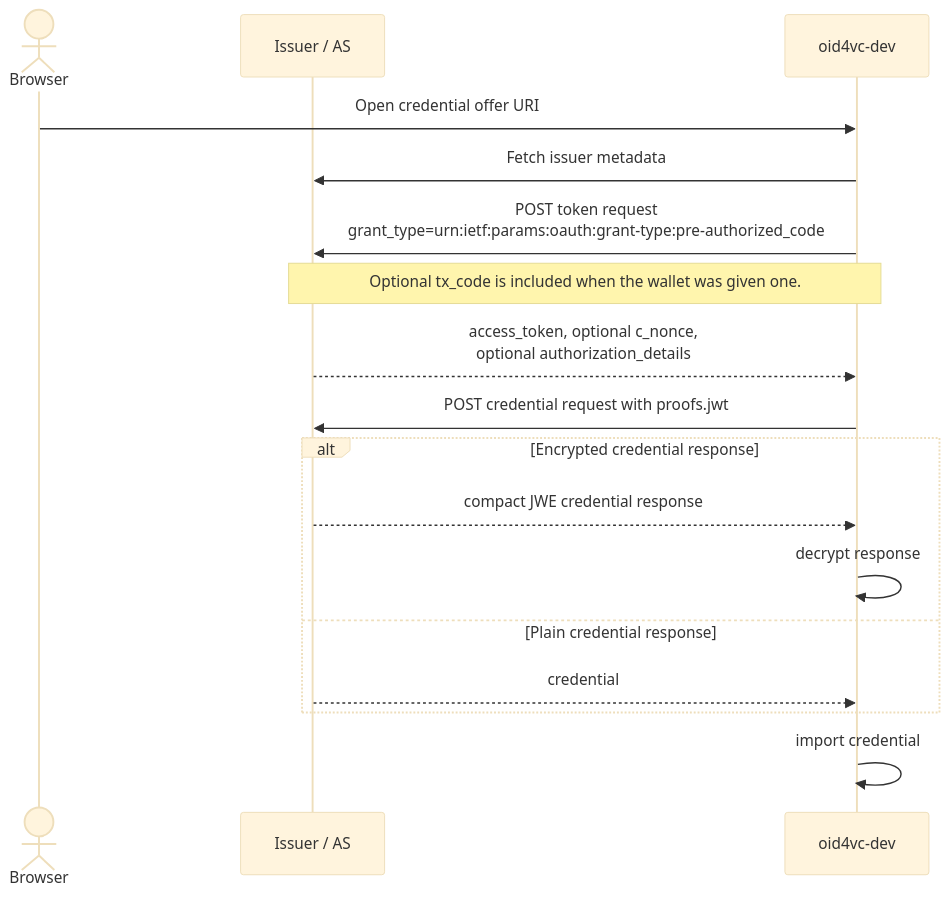
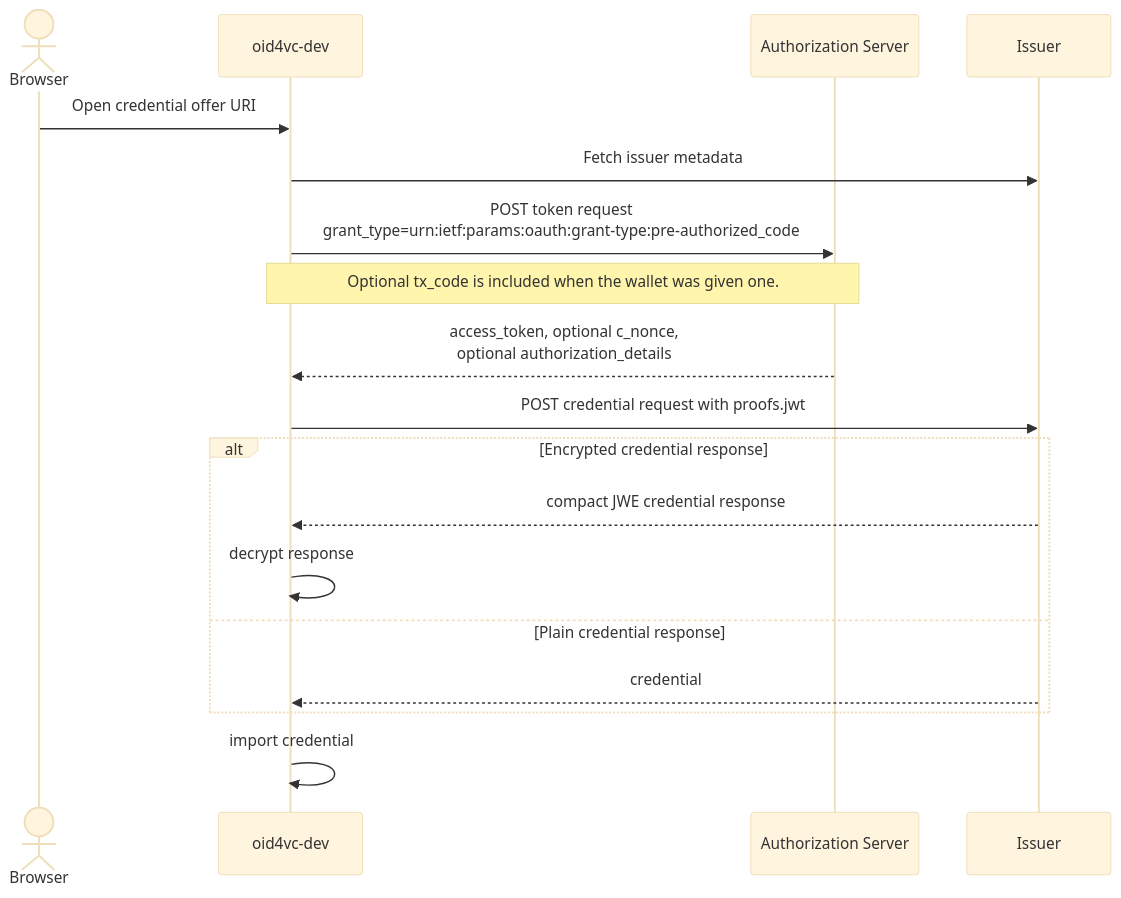
One commit to dominikschlosser/ssi-debugger changed the second of 3 diagrams in docs/diagrams/oid4vci.md. Above: the diagram before and after it, drawn with Mermaid (base theme). The commit also changed other lines of this file and 1 other file, not shown here.

Commit message:
docs: model AS and Issuer as separate entities

````diff
--- a/docs/diagrams/oid4vci.md
+++ b/docs/diagrams/oid4vci.md
@@ -43,20 +44,21 @@
 ```mermaid
 sequenceDiagram
     actor Browser
-    participant Issuer as Issuer / AS
     participant Wallet as oid4vc-dev
+    participant AS as Authorization Server
+    participant Issuer
 
     Browser->>Wallet: Open credential offer URI
     Wallet->>Issuer: Fetch issuer metadata
-    Wallet->>Issuer: POST token request<br/>grant_type=urn:ietf:params:oauth:grant-type:pre-authorized_code
-    Note over Wallet,Issuer: Optional tx_code is included when the wallet was given one.
-    Issuer-->>Wallet: access_token, optional c_nonce,<br/>optional authorization_details
+    Wallet->>AS: POST token request<br/>grant_type=urn:ietf:params:oauth:grant-type:pre-authorized_code
+    Note over Wallet,AS: Optional tx_code is included when the wallet was given one.
+    AS-->>Wallet: access_token, optional c_nonce,<br/>optional authorization_details
     Wallet->>Issuer: POST credential request with proofs.jwt
     alt Encrypted credential response
         Issuer-->>Wallet: compact JWE credential response
         Wallet->>Wallet: decrypt response
     else Plain credential response
         Issuer-->>Wallet: credential
     end
     Wallet->>Wallet: import credential
 ```
````
